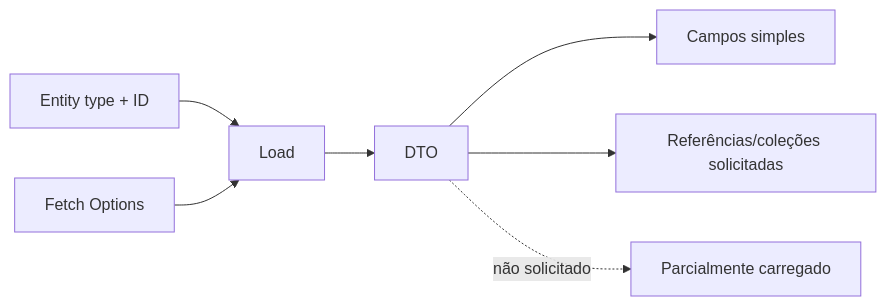
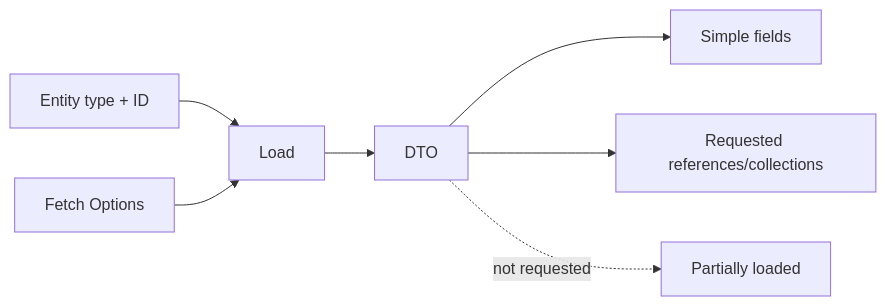
The second of 2 diagrams in docs/integracoes/01-api-e-sdk.md (msekimoto/investran), drawn with Mermaid before and after one commit. The commit also changed other lines of this file and 52 other files, not shown here.

````diff
--- a/docs/integracoes/01-api-e-sdk.md
+++ b/docs/integracoes/01-api-e-sdk.md
@@ -31,9 +31,9 @@
 ```mermaid
 flowchart LR
     ID[Entity type + ID] --> LOAD[Load]
     FO[Fetch Options] --> LOAD
     LOAD --> DTO[DTO]
-    DTO --> SIMPLE[Campos simples]
-    DTO --> REL[Referências/coleções solicitadas]
-    DTO -. não solicitado .-> PART[Parcialmente carregado]
+    DTO --> SIMPLE[Simple fields]
+    DTO --> REL[Requested references/collections]
+    DTO -. not requested .-> PART[Partially loaded]
 ```
````
